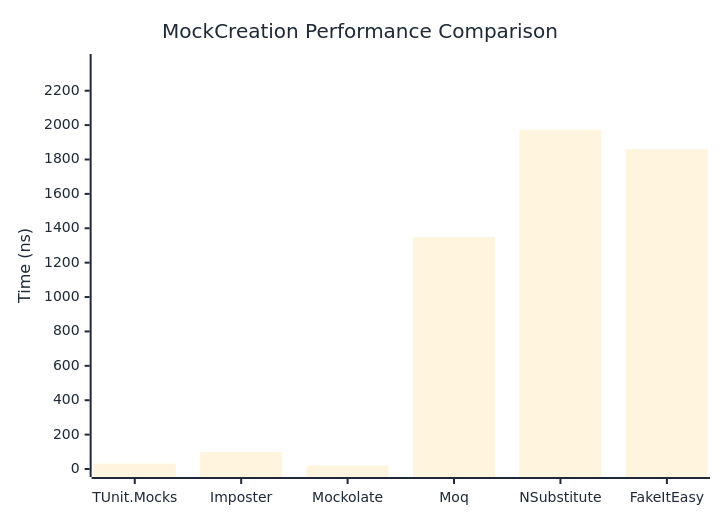
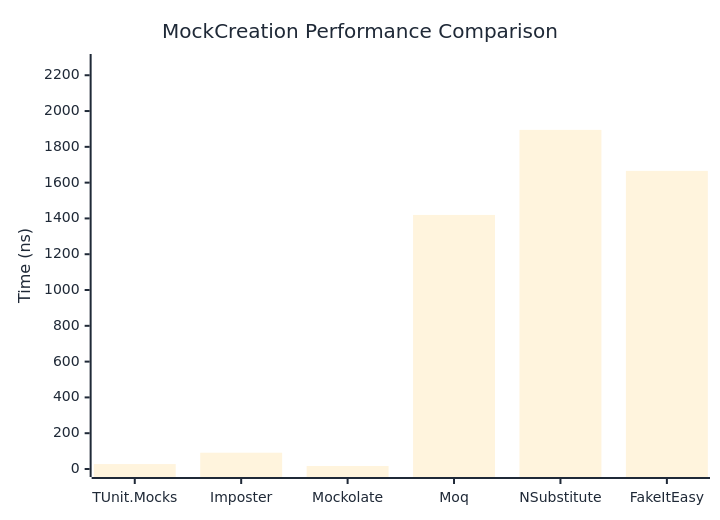
One commit to thomhurst/TUnit changed the first of 2 diagrams in docs/docs/benchmarks/mocks/MockCreation.md. Above: the diagram before and after it, drawn with Mermaid. The commit also changed other lines of this file and 14 other files, not shown here.

````diff
--- a/docs/docs/benchmarks/mocks/MockCreation.md
+++ b/docs/docs/benchmarks/mocks/MockCreation.md
@@ -30,27 +30,27 @@
 ```mermaid
 %%{init: {
   'theme':'base',
   'themeVariables': {
     'primaryColor': '#2563eb',
     'primaryTextColor': '#1f2937',
     'primaryBorderColor': '#1e40af',
     'lineColor': '#6b7280',
     'secondaryColor': '#7c3aed',
     'tertiaryColor': '#dc2626',
     'background': '#ffffff',
     'pie1': '#2563eb',
     'pie2': '#7c3aed',
     'pie3': '#dc2626',
     'pie4': '#f59e0b',
     'pie5': '#10b981',
     'pie6': '#06b6d4',
     'pie7': '#ec4899',
     'pie8': '#6366f1'
   }
 }}%%
 xychart-beta
   title "MockCreation Performance Comparison"
   x-axis ["TUnit.Mocks", "Imposter", "Mockolate", "Moq", "NSubstitute", "FakeItEasy"]
-  y-axis "Time (ns)" 0 --> 2367
-  bar [30.72, 99.27, 19.46, 1349.08, 1972.21, 1860.23]
+  y-axis "Time (ns)" 0 --> 2274
+  bar [27.45, 90.99, 16.87, 1419.53, 1894.7, 1665.65]
 ```
````
